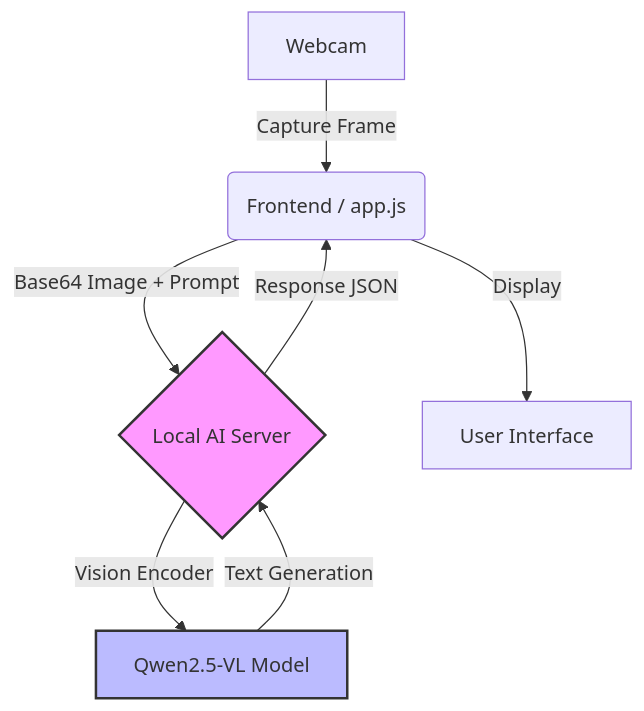
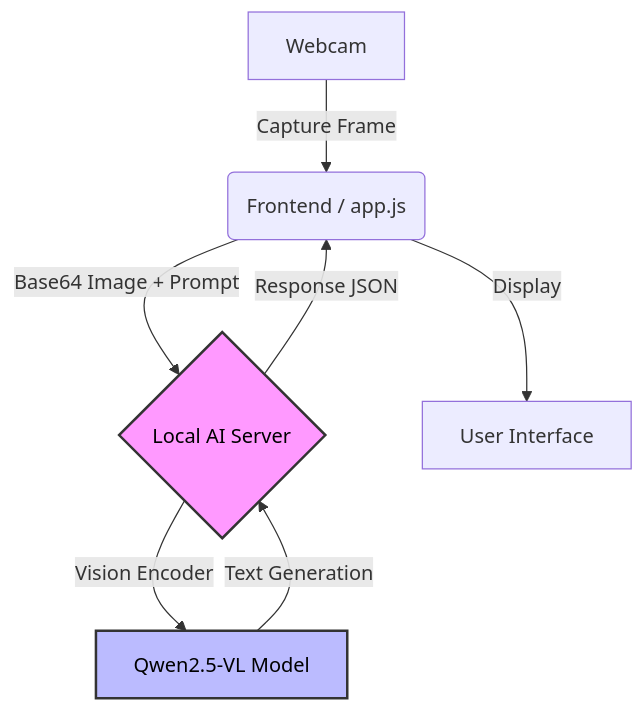
One commit to omeredebal/vision-ai changed the diagram in README.md. Above: the diagram before and after it, drawn with Mermaid.

Commit message:
docs: improve diagram contrast for readability

````diff
--- a/README.md
+++ b/README.md
@@ -48,12 +48,12 @@
 ```mermaid
 graph TD
     A[Webcam] -->|Capture Frame| B(Frontend / app.js)
     B -->|Base64 Image + Prompt| C{Local AI Server}
     C -->|Vision Encoder| D[Qwen2.5-VL Model]
     D -->|Text Generation| C
     C -->|Response JSON| B
     B -->|Display| E[User Interface]
     
-    style C fill:#f9f,stroke:#333,stroke-width:2px
-    style D fill:#bbf,stroke:#333,stroke-width:2px
+    style C fill:#f9f,stroke:#333,stroke-width:2px,color:#000
+    style D fill:#bbf,stroke:#333,stroke-width:2px,color:#000
 ```
````
